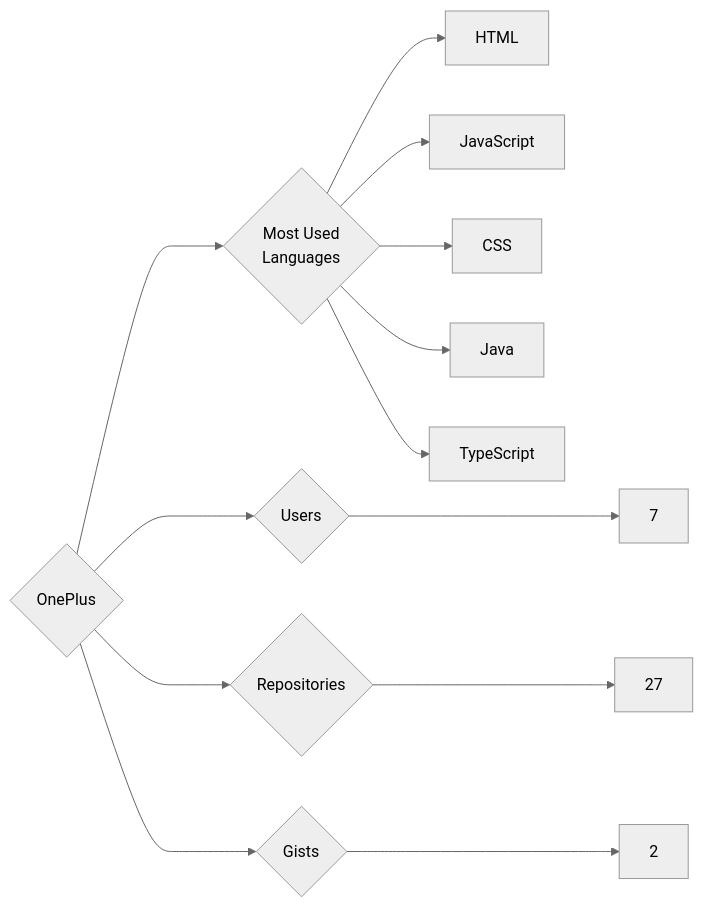
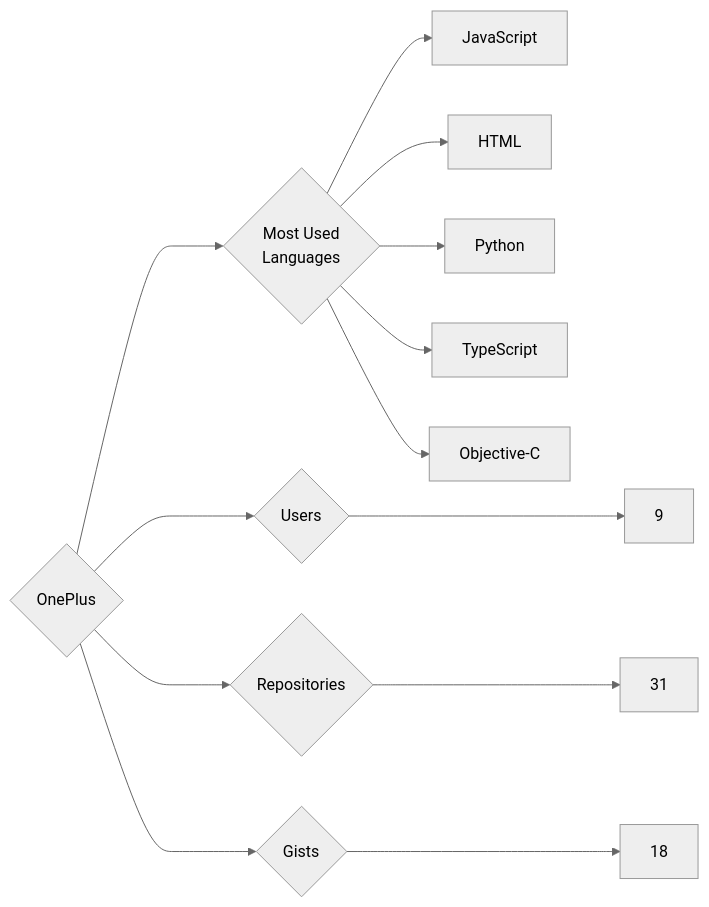
One commit to trickest/insiders changed the diagram in targets/OnePlus/README.md. Above: the diagram before and after it, drawn with Mermaid (neutral theme). The commit also changed 797 other files, not shown here.

````diff
--- a/targets/OnePlus/README.md
+++ b/targets/OnePlus/README.md
@@ -3,13 +3,13 @@
 ```mermaid
 graph LR
 COMPANY_NAME{OnePlus}
-COMPANY_NAME ---> U{Users} ---> UN[7]
-COMPANY_NAME ---> R{Repositories} ---> RN[27]
-COMPANY_NAME ---> G{Gists} ---> GN[2]
+COMPANY_NAME ---> U{Users} ---> UN[9]
+COMPANY_NAME ---> R{Repositories} ---> RN[31]
+COMPANY_NAME ---> G{Gists} ---> GN[18]
 COMPANY_NAME ---> ML{Most Used<br>Languages}
+ML --> JavaScript[JavaScript]
 ML --> HTML[HTML]
-ML --> JavaScript[JavaScript]
-ML --> CSS[CSS]
-ML --> Java[Java]
+ML --> Python[Python]
 ML --> TypeScript[TypeScript]
+ML --> Objective-C[Objective-C]
 ```
````
